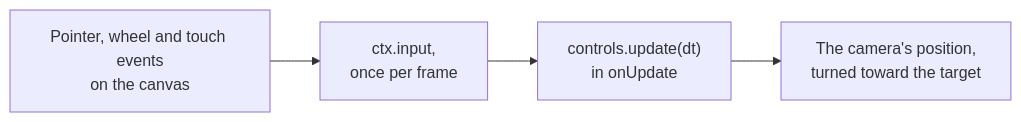
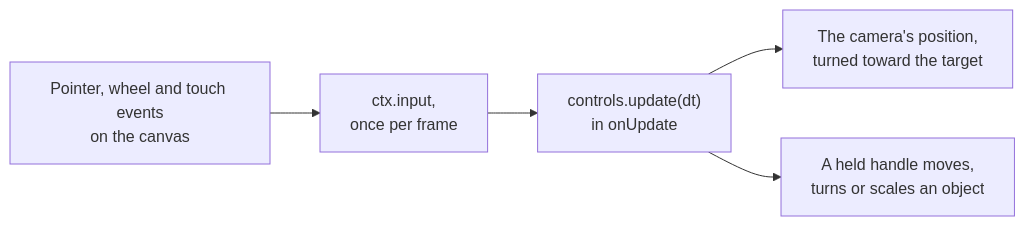
One commit to null3d-engine/null3d changed the diagram in docs/api/controls.md. Above: the diagram before and after it, drawn with Mermaid. The commit also changed other lines of this file and 26 other files, not shown here.

````diff
--- a/docs/api/controls.md
+++ b/docs/api/controls.md
@@ -13,6 +13,7 @@
 ```mermaid
 flowchart LR
     events["Pointer, wheel and touch events<br/>on the canvas"] --> input["ctx.input,<br/>once per frame"]
     input --> update["controls.update(dt)<br/>in onUpdate"]
     update --> camera["The camera's position,<br/>turned toward the target"]
+    update --> gizmo["A held handle moves,<br/>turns or scales an object"]
 ```
````
